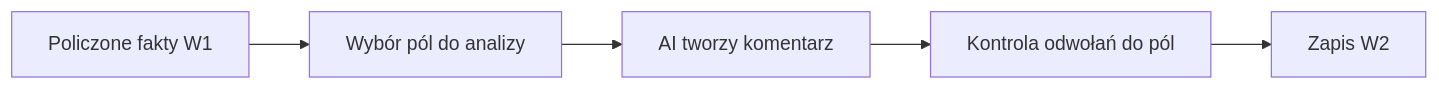
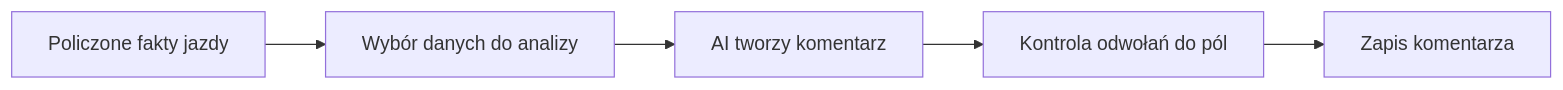
The first of 2 diagrams in docs/wiki/raport-jazdy/analiza-ai.md (QbotMS/QbotQ), drawn with Mermaid before and after one commit. The commit also changed other lines of this file and 153 other files, not shown here.

````diff
--- a/docs/wiki/raport-jazdy/analiza-ai.md
+++ b/docs/wiki/raport-jazdy/analiza-ai.md
@@ -37,7 +37,7 @@
 ```mermaid
 flowchart LR
- A[Policzone fakty W1] --> B[Wybór pól do analizy]
+ A[Policzone fakty jazdy] --> B[Wybór danych do analizy]
  B --> C[AI tworzy komentarz]
  C --> D[Kontrola odwołań do pól]
- D --> E[Zapis W2]
+ D --> E[Zapis komentarza]
 ```
````
